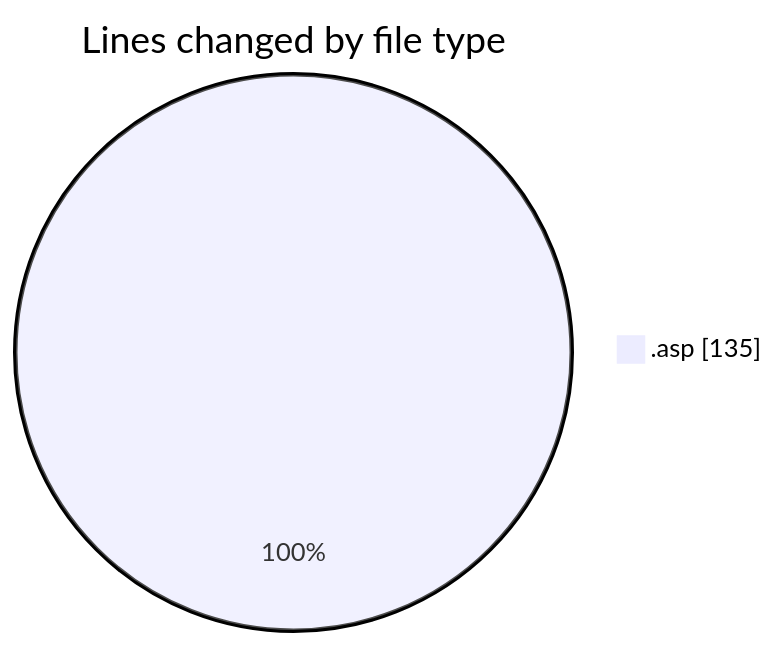
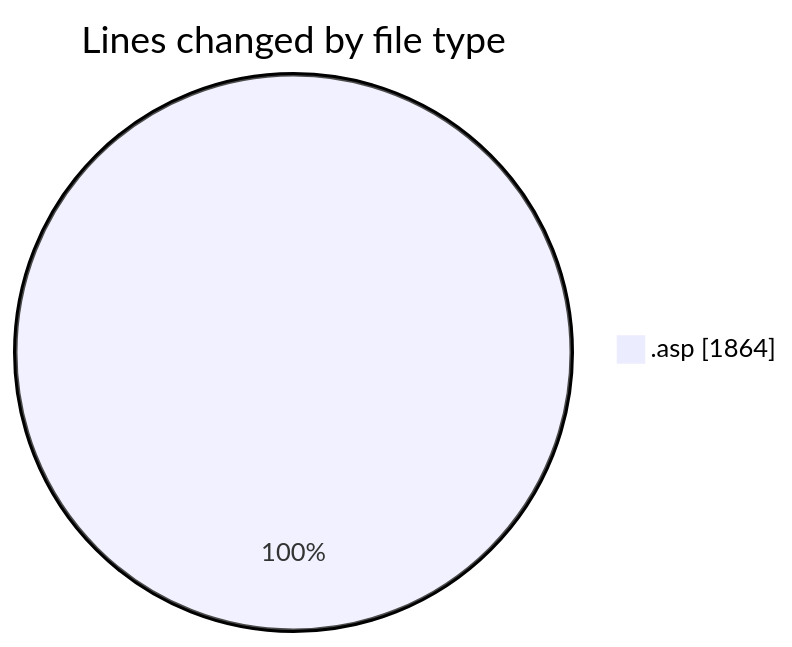
One commit to julien-gomy/code-tracking changed the first of 2 diagrams in 2025-11-28/cdp_aleoudev_fr__workspace_/README.md. Above: the diagram before and after it, drawn with Mermaid. The commit also changed other lines of this file and 1 other file, not shown here.

````diff
--- a/2025-11-28/cdp_aleoudev_fr__workspace_/README.md
+++ b/2025-11-28/cdp_aleoudev_fr__workspace_/README.md
@@ -21,5 +21,5 @@
 ```mermaid
 pie showData
 title Lines changed by file type
-".asp" : 135
+".asp" : 1864
 ```
````
